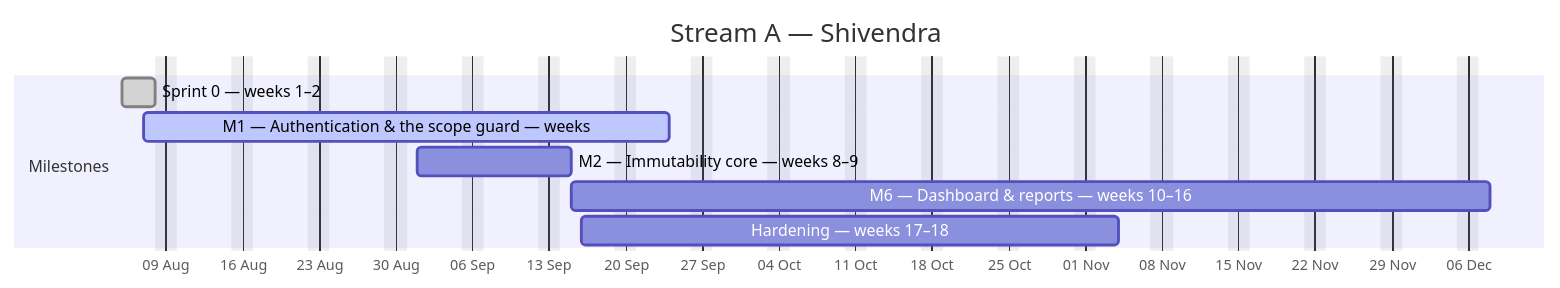
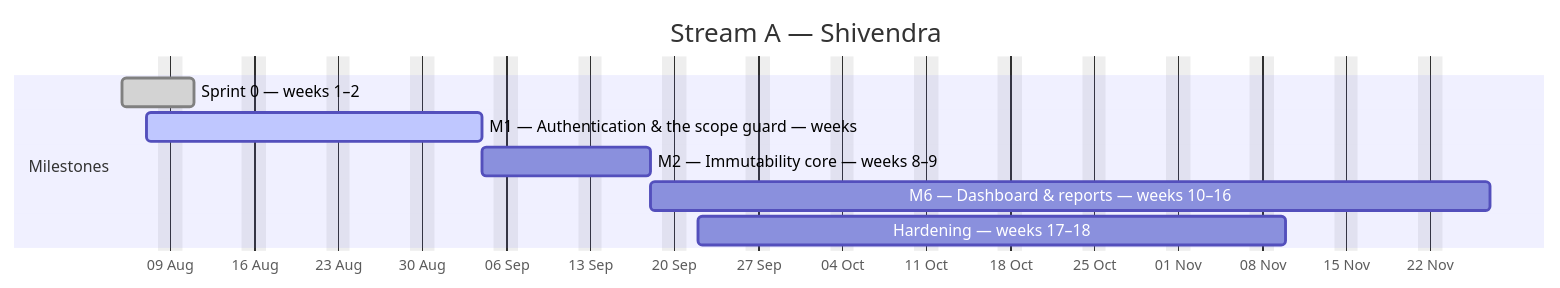
The first of 4 diagrams in docs/plan/GANTT.md (debashisedunext/EduTrack), drawn with Mermaid before and after one commit. The commit also changed other lines of this file and 3 other files, not shown here.

````diff
--- a/docs/plan/GANTT.md
+++ b/docs/plan/GANTT.md
@@ -126,13 +129,13 @@
 ```mermaid
 gantt
     dateFormat YYYY-MM-DD
     axisFormat %d %b
     title Stream A — Shivendra
     excludes weekends
     section Milestones
-    Sprint 0 — weeks 1–2 :done, a0, 2026-08-05, 3d
-    M1 — Authentication & the scope guard — weeks :active, a1, 2026-08-07, 34d
-    M2 — Immutability core — weeks 8–9 :a2, 2026-09-01, 10d
-    M6 — Dashboard & reports — weeks 10–16 :a3, 2026-09-15, 60d
-    Hardening — weeks 17–18 :a4, 2026-09-16, 35d
+    Sprint 0 — weeks 1–2 :done, a0, 2026-08-05, 4d
+    M1 — Authentication & the scope guard — weeks :active, a1, 2026-08-07, 20d
+    M2 — Immutability core — weeks 8–9 :a2, 2026-09-04, 10d
+    M6 — Dashboard & reports — weeks 10–16 :a3, 2026-09-18, 50d
+    Hardening — weeks 17–18 :a4, 2026-09-22, 35d
 ```
````
